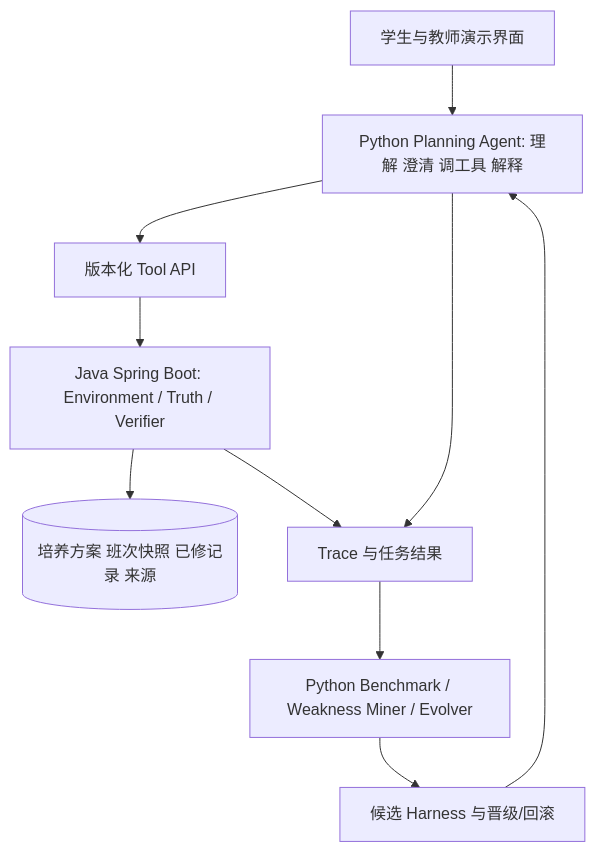
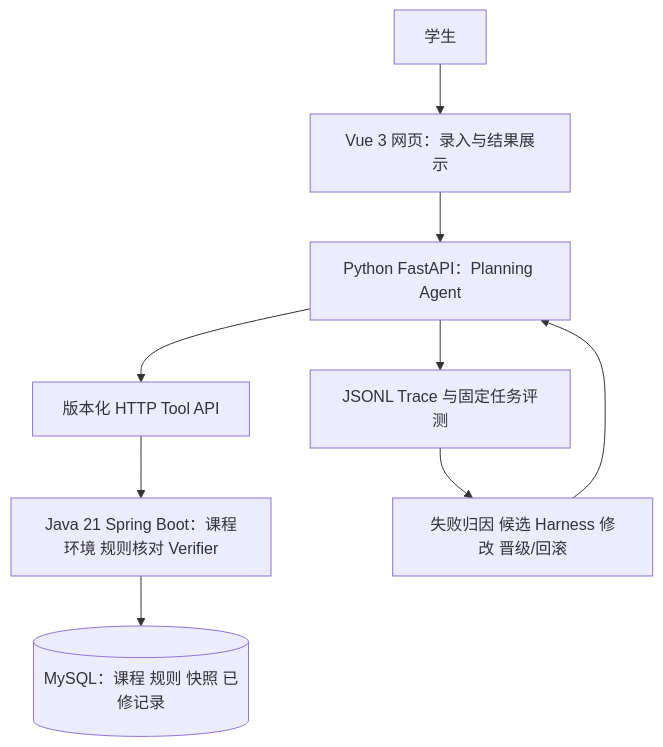
Before and after one commit to HelicasECoode42/CoursePilot-Evo: the first of 3 diagrams in docs/01-teacher-project-plan.md, drawn with Mermaid. The commit also changed other lines of this file and 25 other files, not shown here.

````diff
--- a/docs/01-teacher-project-plan.md
+++ b/docs/01-teacher-project-plan.md
@@ -13,12 +13,11 @@
 ```mermaid
 flowchart TB
-  U[学生与教师演示界面] --> P[Python Planning Agent: 理解 澄清 调工具 解释]
-  P --> API[版本化 Tool API]
-  API --> J[Java Spring Boot: Environment / Truth / Verifier]
-  J --> D[(培养方案 班次快照 已修记录 来源)]
-  P --> T[Trace 与任务结果]
-  J --> T
-  T --> H[Python Benchmark / Weakness Miner / Evolver]
-  H --> G[候选 Harness 与晋级/回滚]
-  G --> P
+  U[学生] --> WEB[Vue 3 网页：录入与结果展示]
+  WEB --> PY[Python FastAPI：Planning Agent]
+  PY --> API[版本化 HTTP Tool API]
+  API --> JAVA[Java 21 Spring Boot：课程环境 规则核对 Verifier]
+  JAVA --> DB[(MySQL：课程 规则 快照 已修记录)]
+  PY --> TRACE[JSONL Trace 与固定任务评测]
+  TRACE --> EVO[失败归因 候选 Harness 修改 晋级/回滚]
+  EVO --> PY
 ```
````
